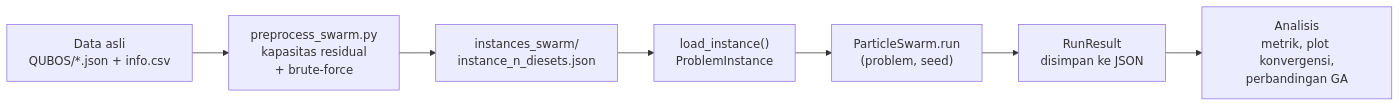
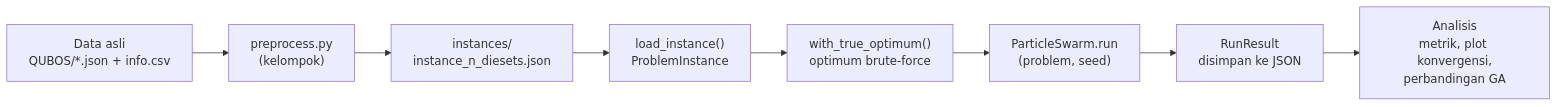
Before and after one commit to nazihnajmudin/AI5103-28426004-13523144: the first of 3 diagrams in docs/swarm-intelligence.md, drawn with Mermaid. The commit also changed other lines of this file and 1 other file, not shown here.

Commit message:
doc: update swarm document

````diff
--- a/docs/swarm-intelligence.md
+++ b/docs/swarm-intelligence.md
@@ -75,9 +82,10 @@
 ```mermaid
 flowchart LR
-    A["Data asli<br/>QUBOS/*.json + info.csv"] --> B["preprocess_swarm.py<br/>kapasitas residual<br/>+ brute-force"]
-    B --> C["instances_swarm/<br/>instance_n_diesets.json"]
+    A["Data asli<br/>QUBOS/*.json + info.csv"] --> B["preprocess.py<br/>(kelompok)"]
+    B --> C["instances/<br/>instance_n_diesets.json"]
     C --> D["load_instance()<br/>ProblemInstance"]
-    D --> E["ParticleSwarm.run<br/>(problem, seed)"]
+    D --> O["with_true_optimum()<br/>optimum brute-force"]
+    O --> E["ParticleSwarm.run<br/>(problem, seed)"]
     E --> F["RunResult<br/>disimpan ke JSON"]
     F --> G["Analisis<br/>metrik, plot konvergensi,<br/>perbandingan GA"]
 ```
````
